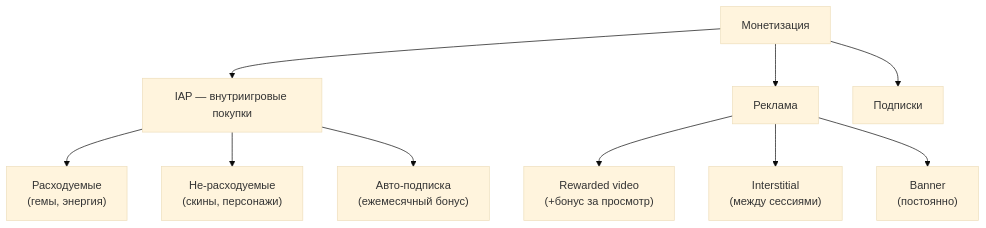
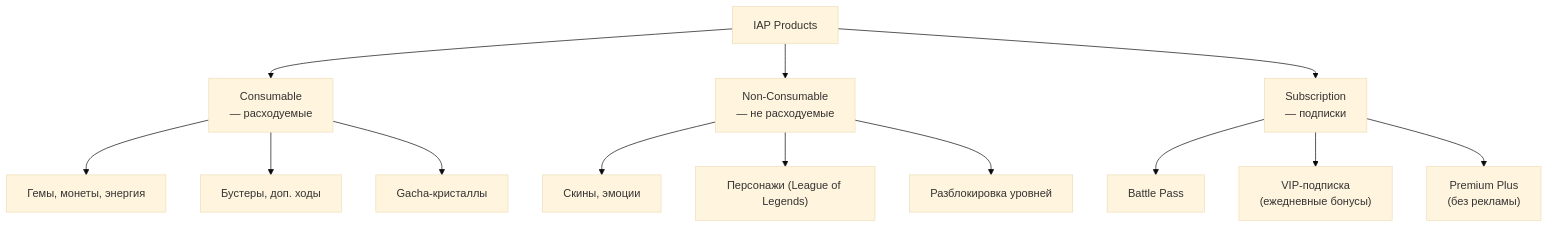
Before and after one commit to sergeyodnoval-bot/sysanalyst-kb.github.io: the first of 3 diagrams in docs/specialization/gamedev-monetization.md, drawn with Mermaid (base theme). The commit also changed other lines of this file and 7 other files, not shown here.

````diff
--- a/docs/specialization/gamedev-monetization.md
+++ b/docs/specialization/gamedev-monetization.md
@@ -22,13 +33,16 @@
 ```mermaid
 flowchart TD
-    M["Монетизация"]
-    M --> IAP["IAP — внутриигровые покупки"]
-    M --> ADS["Реклама"]
-    M --> SUB["Подписки"]
-    IAP --> CONSUMABLE["Расходуемые<br/>(гемы, энергия)"]
-    IAP --> NONCONS["Не-расходуемые<br/>(скины, персонажи)"]
-    IAP --> SUBSCRIPTION["Авто-подписка<br/>(ежемесячный бонус)"]
-    ADS --> REWARDED["Rewarded video<br/>(+бонус за просмотр)"]
-    ADS --> INTERSTITIAL["Interstitial<br/>(между сессиями)"]
-    ADS --> BANNER["Banner<br/>(постоянно)"]
+    IAP["IAP Products"]
+    IAP --> CON["Consumable<br/>— расходуемые"]
+    IAP --> NONCON["Non-Consumable<br/>— не расходуемые"]
+    IAP --> SUB["Subscription<br/>— подписки"]
+    CON --> GEMS["Гемы, монеты, энергия"]
+    CON --> BOOSTERS["Бустеры, доп. ходы"]
+    CON --> GACHA["Gacha-кристаллы"]
+    NONCON --> SKINS["Скины, эмоции"]
+    NONCON --> PERS["Персонажи (League of Legends)"]
+    NONCON --> LEVELS["Разблокировка уровней"]
+    SUB --> BP["Battle Pass"]
+    SUB --> VIP["VIP-подписка<br/>(ежедневные бонусы)"]
+    SUB --> PLUS["Premium Plus<br/>(без рекламы)"]
 ```
````
